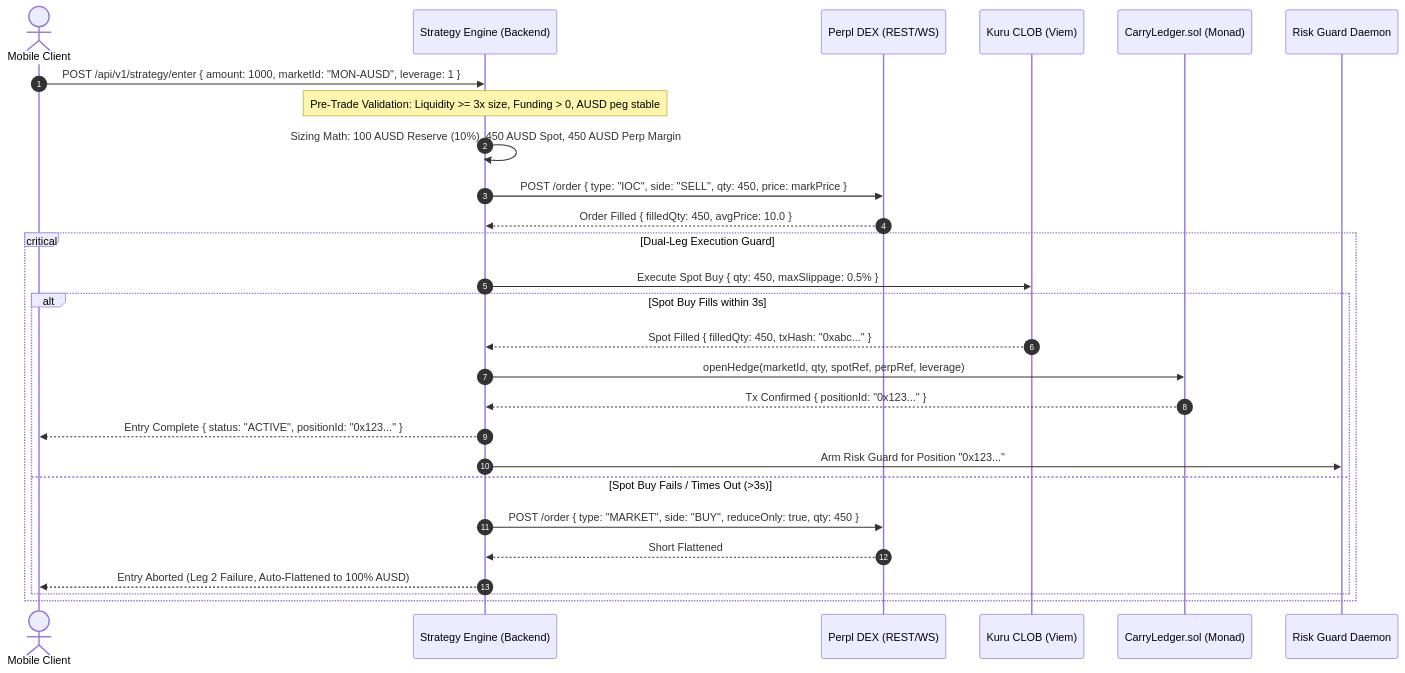
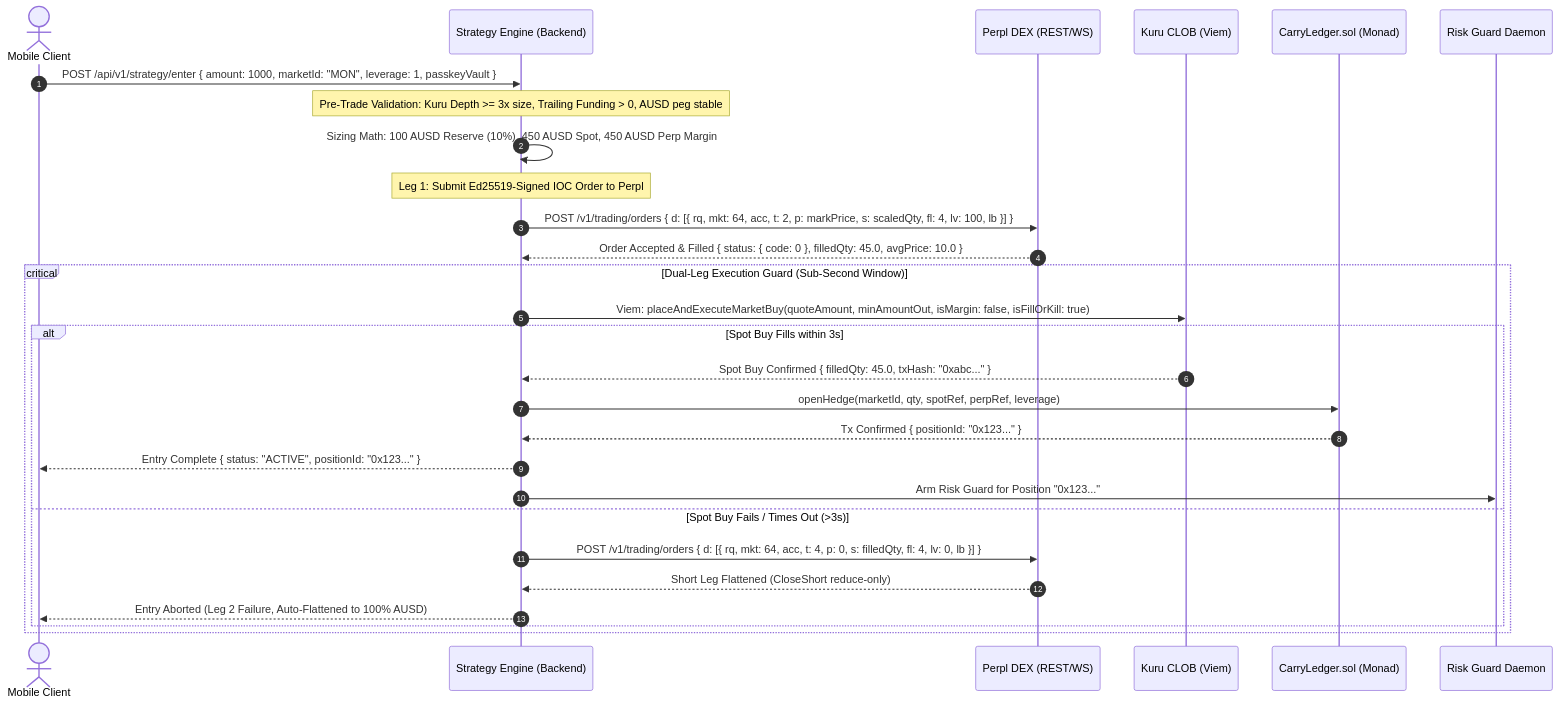
Before and after one commit to HooyarLotfy/CounterYield: the second of 2 diagrams in Docs/implementation_plan.md, drawn with Mermaid. The commit also changed other lines of this file and 74 other files, not shown here.

First line of the commit message:
feat: scaffold monorepo structure and implement Phase 2 backend execution engine

````diff
--- a/Docs/implementation_plan.md
+++ b/Docs/implementation_plan.md
@@ -288,32 +294,33 @@
 ```mermaid
 sequenceDiagram
     autonumber
     actor User as Mobile Client
     participant Engine as Strategy Engine (Backend)
     participant Perpl as Perpl DEX (REST/WS)
     participant Kuru as Kuru CLOB (Viem)
     participant Ledger as CarryLedger.sol (Monad)
     participant Guard as Risk Guard Daemon
 
-    User->>Engine: POST /api/v1/strategy/enter { amount: 1000, marketId: "MON-AUSD", leverage: 1 }
-    Note over Engine: Pre-Trade Validation: Liquidity >= 3x size, Funding > 0, AUSD peg stable
+    User->>Engine: POST /api/v1/strategy/enter { amount: 1000, marketId: "MON", leverage: 1, passkeyVault }
+    Note over Engine: Pre-Trade Validation: Kuru Depth >= 3x size, Trailing Funding > 0, AUSD peg stable
     Engine->>Engine: Sizing Math: 100 AUSD Reserve (10%), 450 AUSD Spot, 450 AUSD Perp Margin
     
-    Engine->>Perpl: POST /order { type: "IOC", side: "SELL", qty: 450, price: markPrice }
-    Perpl-->>Engine: Order Filled { filledQty: 450, avgPrice: 10.0 }
+    Note over Engine: Leg 1: Submit Ed25519-Signed IOC Order to Perpl
+    Engine->>Perpl: POST /v1/trading/orders { d: [{ rq, mkt: 64, acc, t: 2, p: markPrice, s: scaledQty, fl: 4, lv: 100, lb }] }
+    Perpl-->>Engine: Order Accepted & Filled { status: { code: 0 }, filledQty: 45.0, avgPrice: 10.0 }
     
-    critical Dual-Leg Execution Guard
-        Engine->>Kuru: Execute Spot Buy { qty: 450, maxSlippage: 0.5% }
+    critical Dual-Leg Execution Guard (Sub-Second Window)
+        Engine->>Kuru: Viem: placeAndExecuteMarketBuy(quoteAmount, minAmountOut, isMargin: false, isFillOrKill: true)
         alt Spot Buy Fills within 3s
-            Kuru-->>Engine: Spot Filled { filledQty: 450, txHash: "0xabc..." }
+            Kuru-->>Engine: Spot Buy Confirmed { filledQty: 45.0, txHash: "0xabc..." }
             Engine->>Ledger: openHedge(marketId, qty, spotRef, perpRef, leverage)
             Ledger-->>Engine: Tx Confirmed { positionId: "0x123..." }
             Engine-->>User: Entry Complete { status: "ACTIVE", positionId: "0x123..." }
             Engine->>Guard: Arm Risk Guard for Position "0x123..."
         else Spot Buy Fails / Times Out (>3s)
-            Engine->>Perpl: POST /order { type: "MARKET", side: "BUY", reduceOnly: true, qty: 450 }
-            Perpl-->>Engine: Short Flattened
+            Engine->>Perpl: POST /v1/trading/orders { d: [{ rq, mkt: 64, acc, t: 4, p: 0, s: filledQty, fl: 4, lv: 0, lb }] }
+            Perpl-->>Engine: Short Leg Flattened (CloseShort reduce-only)
             Engine-->>User: Entry Aborted (Leg 2 Failure, Auto-Flattened to 100% AUSD)
         end
     end
 ```
````
